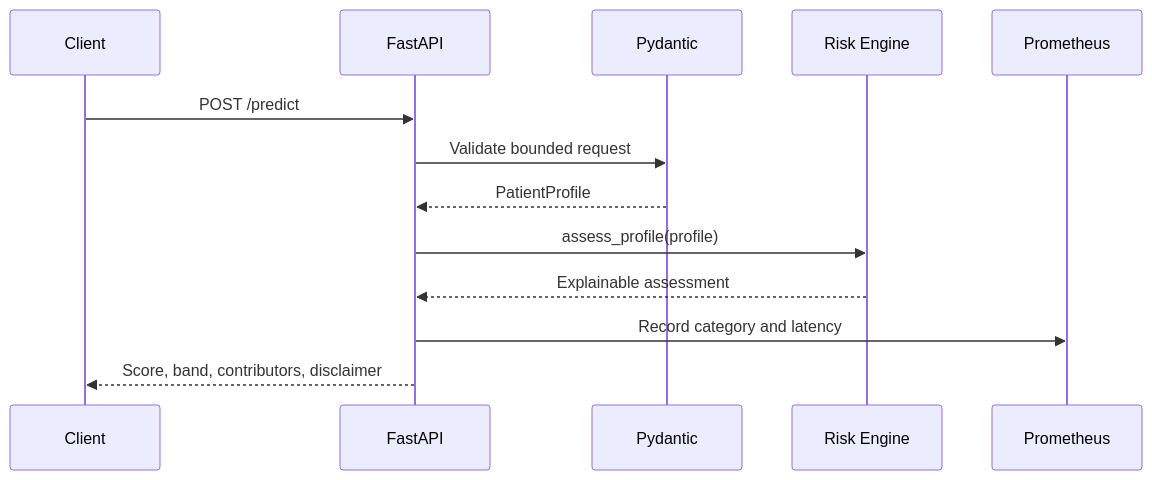
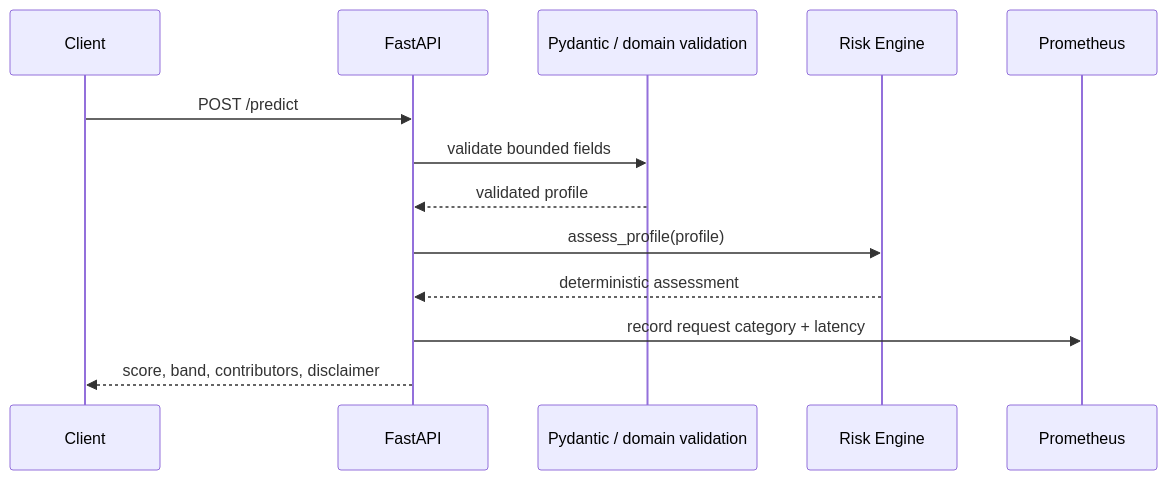
The second of 2 diagrams in README.md (CoreyLeath-code/Disease_Prediction_Capstone), drawn with Mermaid before and after one commit. The commit also changed other lines of this file, not shown here.

Commit message:
docs: rebuild README with L6 evidence-first architecture

````diff
--- a/README.md
+++ b/README.md
@@ -127,16 +69,15 @@
 ```mermaid
 sequenceDiagram
     participant Client
     participant API as FastAPI
-    participant Schema as Pydantic
+    participant Schema as Pydantic / domain validation
     participant Engine as Risk Engine
     participant Metrics as Prometheus
-
     Client->>API: POST /predict
-    API->>Schema: Validate bounded request
-    Schema-->>API: PatientProfile
+    API->>Schema: validate bounded fields
+    Schema-->>API: validated profile
     API->>Engine: assess_profile(profile)
-    Engine-->>API: Explainable assessment
-    API->>Metrics: Record category and latency
-    API-->>Client: Score, band, contributors, disclaimer
+    Engine-->>API: deterministic assessment
+    API->>Metrics: record request category + latency
+    API-->>Client: score, band, contributors, disclaimer
 ```
````
